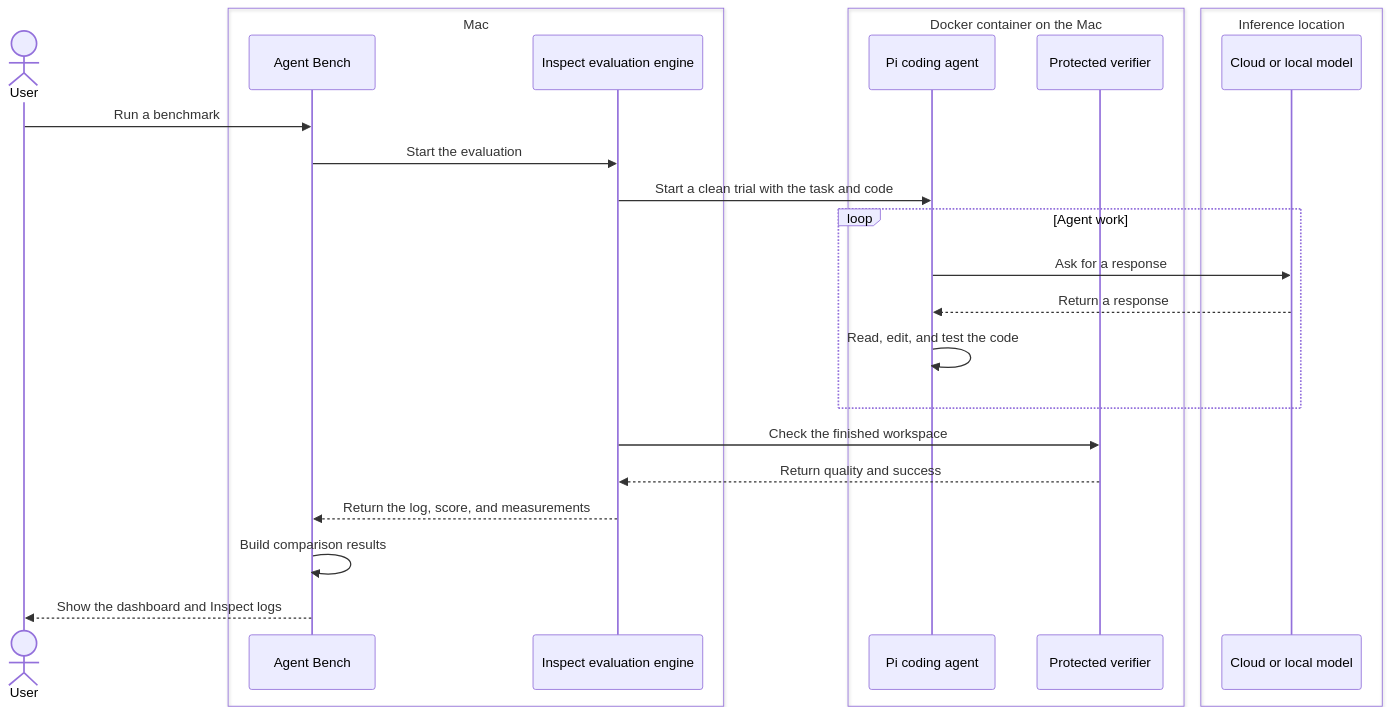
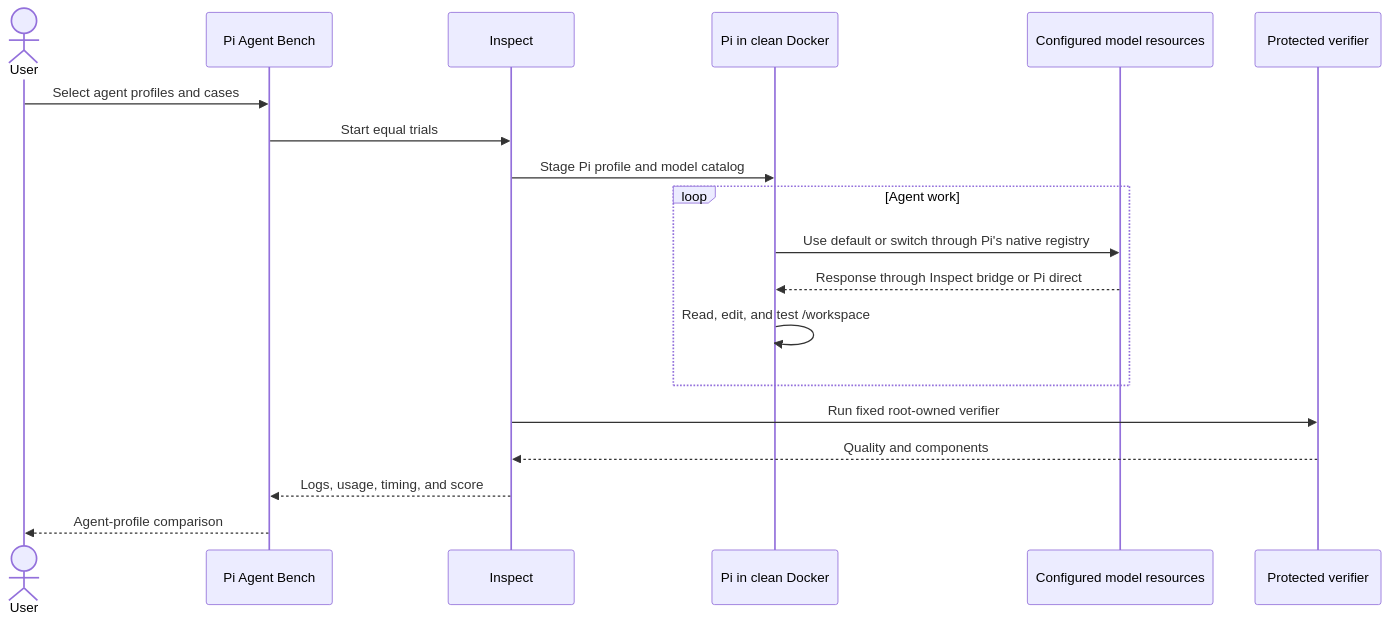
One commit to barryking/pi-agent-bench changed the diagram in README.md. Above: the diagram before and after it, drawn with Mermaid. The commit also changed other lines of this file and 88 other files, not shown here.

First line of the commit message:
Make agent profiles the primary benchmark unit (#11)

````diff
--- a/README.md
+++ b/README.md
@@ -26,34 +27,22 @@
 ```mermaid
 sequenceDiagram
     actor User
+    participant Bench as Pi Agent Bench
+    participant Inspect
+    participant Pi as Pi in clean Docker
+    participant Models as Configured model resources
+    participant Verify as Protected verifier
 
-    box Mac
-        participant Bench as Agent Bench
-        participant Inspect as Inspect evaluation engine
+    User->>Bench: Select agent profiles and cases
+    Bench->>Inspect: Start equal trials
+    Inspect->>Pi: Stage Pi profile and model catalog
+    loop Agent work
+        Pi->>Models: Use default or switch through Pi's native registry
+        Models-->>Pi: Response through Inspect bridge or Pi direct
+        Pi->>Pi: Read, edit, and test /workspace
     end
-
-    box Docker container on the Mac
-        participant Pi as Pi coding agent
-        participant Verify as Protected verifier
-    end
-
-    box Inference location
-        participant Model as Cloud or local model
-    end
-
-    User->>Bench: Run a benchmark
-    Bench->>Inspect: Start the evaluation
-    Inspect->>Pi: Start a clean trial with the task and code
-
-    loop Agent work
-        Pi->>Model: Ask for a response
-        Model-->>Pi: Return a response
-        Pi->>Pi: Read, edit, and test the code
-    end
-
-    Inspect->>Verify: Check the finished workspace
-    Verify-->>Inspect: Return quality and success
-    Inspect-->>Bench: Return the log, score, and measurements
-    Bench->>Bench: Build comparison results
-    Bench-->>User: Show the dashboard and Inspect logs
+    Inspect->>Verify: Run fixed root-owned verifier
+    Verify-->>Inspect: Quality and components
+    Inspect-->>Bench: Logs, usage, timing, and score
+    Bench-->>User: Agent-profile comparison
 ```
````
